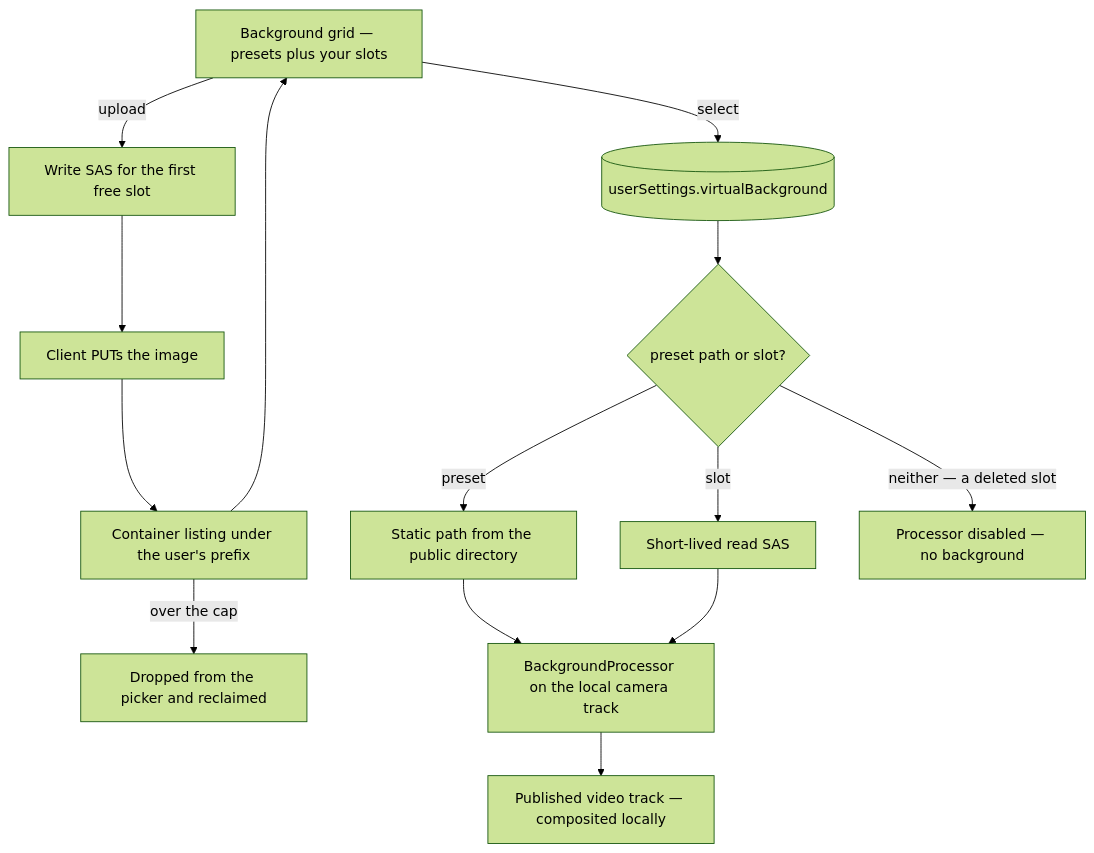
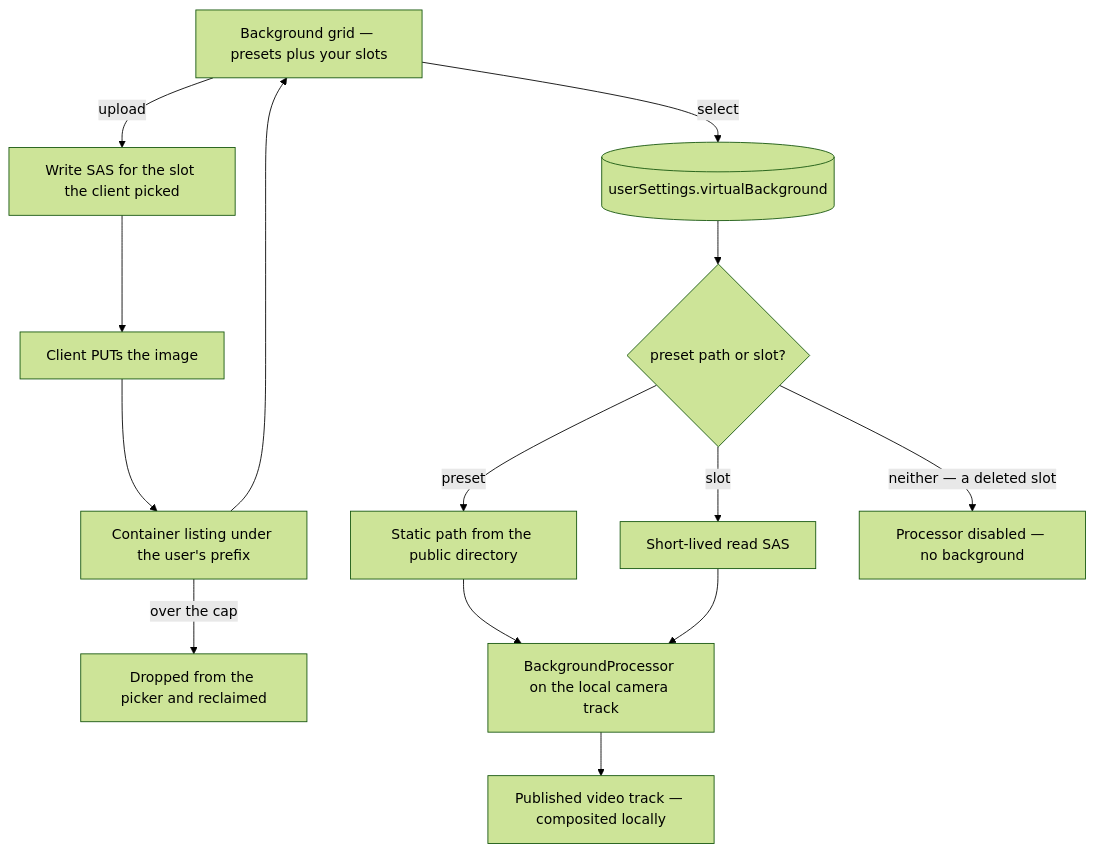
One commit to Esposter/Esposter changed the diagram in packages/app/content/docs/esbabbler/calls/virtual-backgrounds.md. Above: the diagram before and after it, drawn with Mermaid (forest theme). The commit also changed other lines of this file and 10 other files, not shown here.

````diff
--- a/packages/app/content/docs/esbabbler/calls/virtual-backgrounds.md
+++ b/packages/app/content/docs/esbabbler/calls/virtual-backgrounds.md
@@ -32,16 +38,16 @@
 ```mermaid
 flowchart TD
-  picker["Background grid — presets plus your slots"] -->|"upload"| sas["Write SAS for the first free slot"]
+  picker["Background grid — presets plus your slots"] -->|"upload"| sas["Write SAS for the slot the client picked"]
   sas --> put["Client PUTs the image"]
   put --> list["Container listing under the user's prefix"]
   list -->|"over the cap"| reclaim["Dropped from the picker and reclaimed"]
   list --> picker
   picker -->|"select"| settings[("userSettings.virtualBackground")]
   settings --> resolve{"preset path or slot?"}
   resolve -->|preset| static["Static path from the public directory"]
   resolve -->|slot| read["Short-lived read SAS"]
   resolve -->|"neither — a deleted slot"| none["Processor disabled — no background"]
   static --> processor["BackgroundProcessor on the local camera track"]
   read --> processor
   processor --> published["Published video track — composited locally"]
 ```
````
